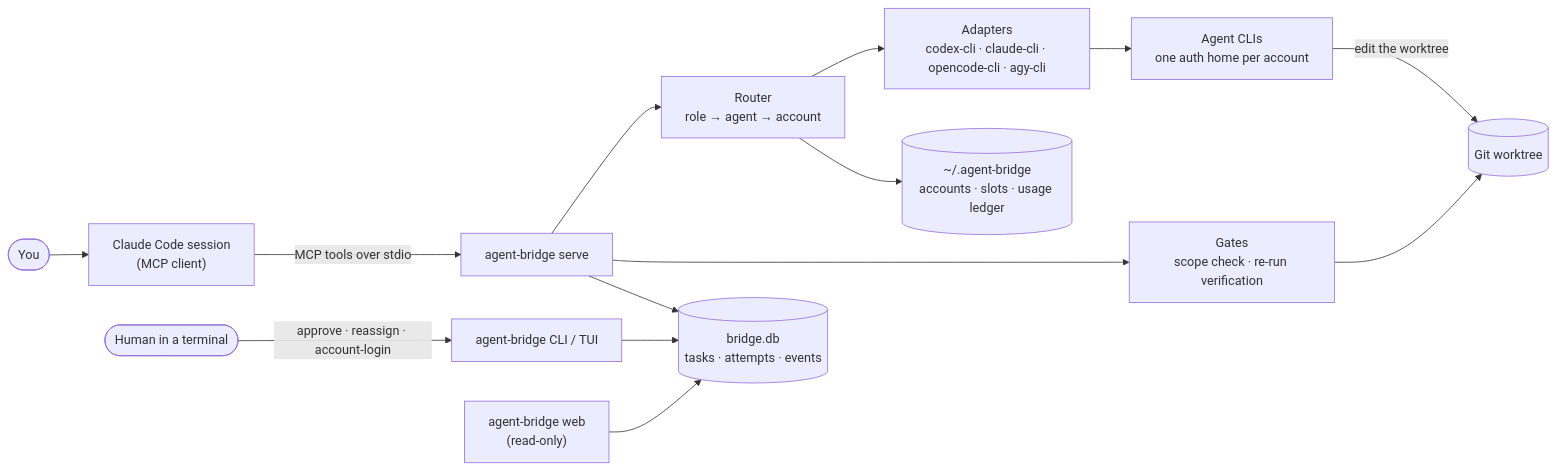
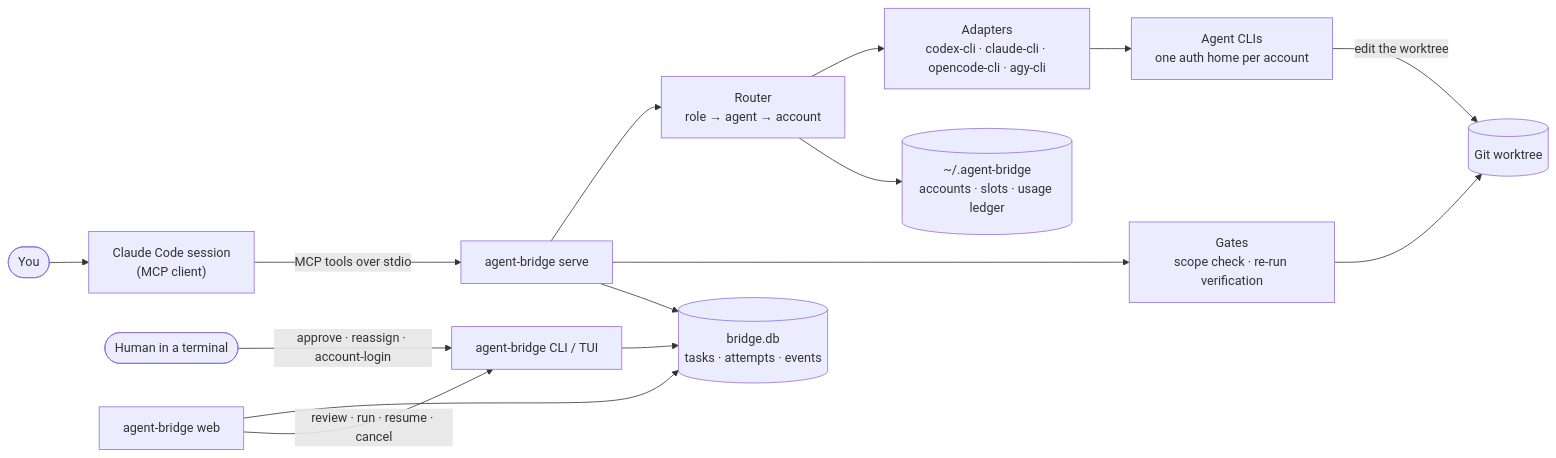
One commit to leetuanbmt/agent-orchestration-kit changed the first of 2 diagrams in README.md. Above: the diagram before and after it, drawn with Mermaid. The commit also changed other lines of this file and 15 other files, not shown here.

First line of the commit message:
let the dashboard review, run, resume and cancel tasks

````diff
--- a/README.md
+++ b/README.md
@@ -138,16 +138,17 @@
 ```mermaid
 flowchart LR
     you(["You"]) --> cc["Claude Code session<br/>(MCP client)"]
     cc -- "MCP tools over stdio" --> bridge["agent-bridge serve"]
     human(["Human in a terminal"]) -- "approve · reassign · account-login" --> cli["agent-bridge CLI / TUI"]
     bridge --> router["Router<br/>role → agent → account"]
     router --> adapters["Adapters<br/>codex-cli · claude-cli · opencode-cli · agy-cli"]
     adapters --> agents["Agent CLIs<br/>one auth home per account"]
     agents -- "edit the worktree" --> repo[("Git worktree")]
     bridge --> gates["Gates<br/>scope check · re-run verification"]
     gates --> repo
     bridge --> db[("bridge.db<br/>tasks · attempts · events")]
     router --> acct[("~/.agent-bridge<br/>accounts · slots · usage ledger")]
     cli --> db
-    web["agent-bridge web<br/>(read-only)"] --> db
+    web["agent-bridge web"] --> db
+    web -- "review · run · resume · cancel" --> cli
 ```
````
